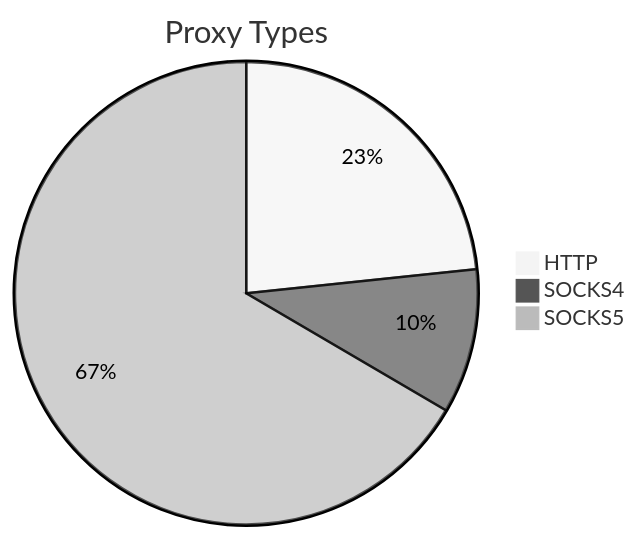
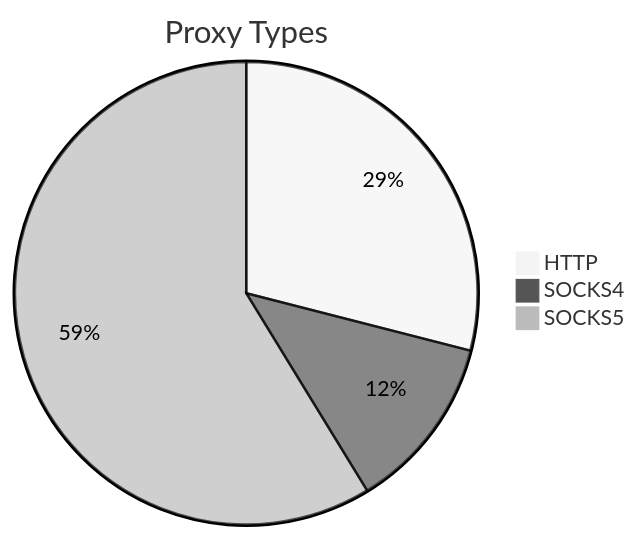
Before and after one commit to stormsia/proxy-list: the first of 2 diagrams in README.md, drawn with Mermaid (neutral theme). The commit also changed other lines of this file, not shown here.

````diff
--- a/README.md
+++ b/README.md
@@ -21,6 +21,6 @@
 ```mermaid
 pie title Proxy Types
-    "HTTP" : 499
-    "SOCKS4" : 216
-    "SOCKS5" : 1423
+    "HTTP" : 227
+    "SOCKS4" : 96
+    "SOCKS5" : 460
 ```
````
